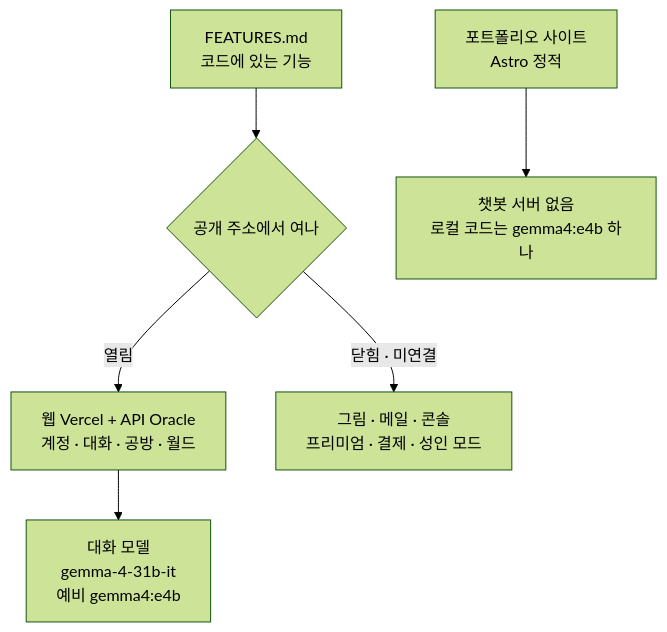
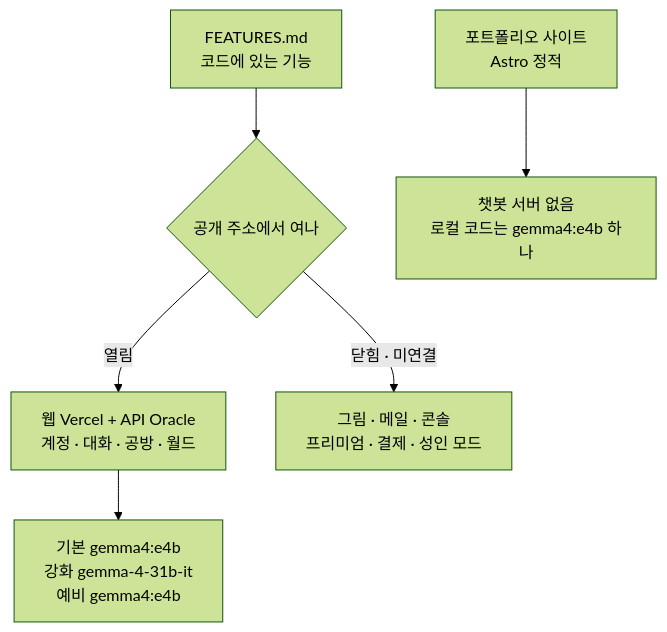
Before and after one commit to samam0234/CodiComperChat: the diagram in docs/STATUS.md, drawn with Mermaid (forest theme). The commit also changed other lines of this file and 48 other files, not shown here.

````diff
--- a/docs/STATUS.md
+++ b/docs/STATUS.md
@@ -28,8 +28,8 @@
 ```mermaid
 flowchart TD
   F["FEATURES.md<br/>코드에 있는 기능"] --> Q{"공개 주소에서 여나"}
   Q -- "열림" --> ON["웹 Vercel + API Oracle<br/>계정 · 대화 · 공방 · 월드"]
   Q -- "닫힘 · 미연결" --> OFF["그림 · 메일 · 콘솔<br/>프리미엄 · 결제 · 성인 모드"]
-  ON --> M["대화 모델<br/>gemma-4-31b-it<br/>예비 gemma4:e4b"]
+  ON --> M["기본 gemma4:e4b<br/>강화 gemma-4-31b-it<br/>예비 gemma4:e4b"]
   PF["포트폴리오 사이트<br/>Astro 정적"] --> NO["챗봇 서버 없음<br/>로컬 코드는 gemma4:e4b 하나"]
 ```
````
